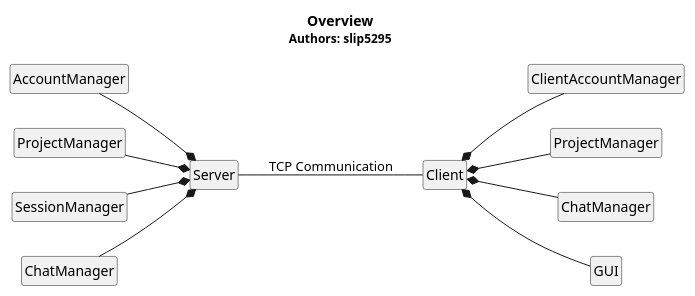
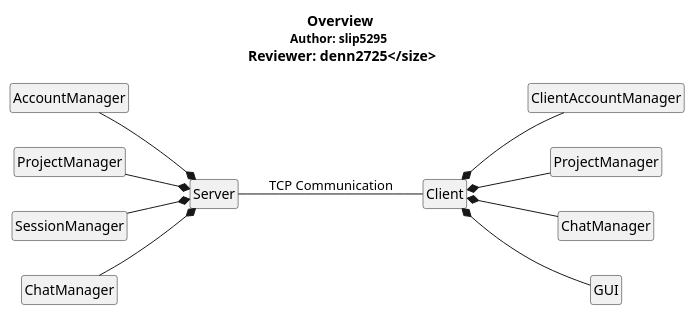
One commit to voxelv/sQuire_kw changed the diagram in hw3/Overview/overview.pu. Above: the diagram before and after it, drawn with PlantUML.

Commit message:
added reviewer line

```diff
--- a/hw3/Overview/overview.pu
+++ b/hw3/Overview/overview.pu
@@ -1,34 +1,34 @@
 @startuml
 hide circle
 hide empty members
 
-title <b>Overview</b>\n<size:12>Authors: slip5295</size>
+title <b>Overview</b>\n<size:12>Author: slip5295 \n Reviewer: denn2725</size>
 
 left to right direction
 
 class "Client" as sq_c 
 class "Server" as sq_s
 
 class "ClientAccountManager" as sq_acntmgr 
 class "ProjectManager" as sq_projmgr
 class "ChatManager" as sq_chatmgr
 class "GUI" as sq_gui
 
 class "AccountManager" as sqs_ua_m
 class "ProjectManager" as sqs_pr_m
 class "SessionManager" as sqs_se_m
 class "ChatManager" as sqs_ch_m
 
 sq_c *-- sq_projmgr
 sq_c *-- sq_acntmgr
 sq_c *-- sq_chatmgr
 sq_c *-- sq_gui
 
 sq_c -up- sq_s : TCP Communication
 
 sqs_pr_m --* sq_s 
 sqs_ua_m --* sq_s 
 sqs_se_m --* sq_s 
 sqs_ch_m --* sq_s 
 
 @enduml
```
